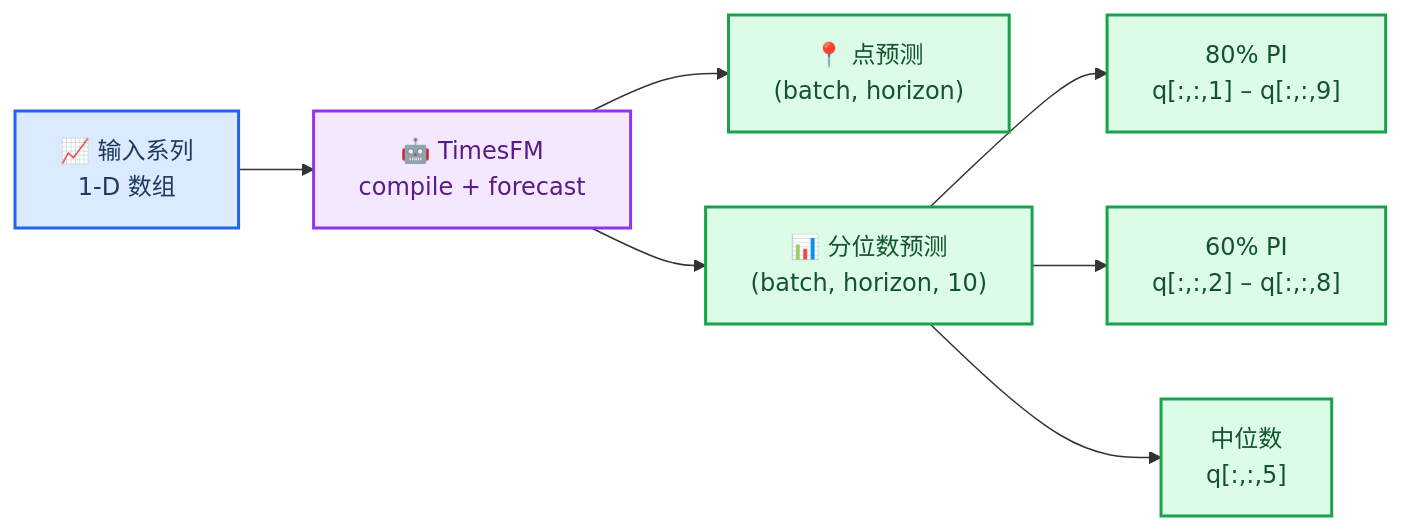
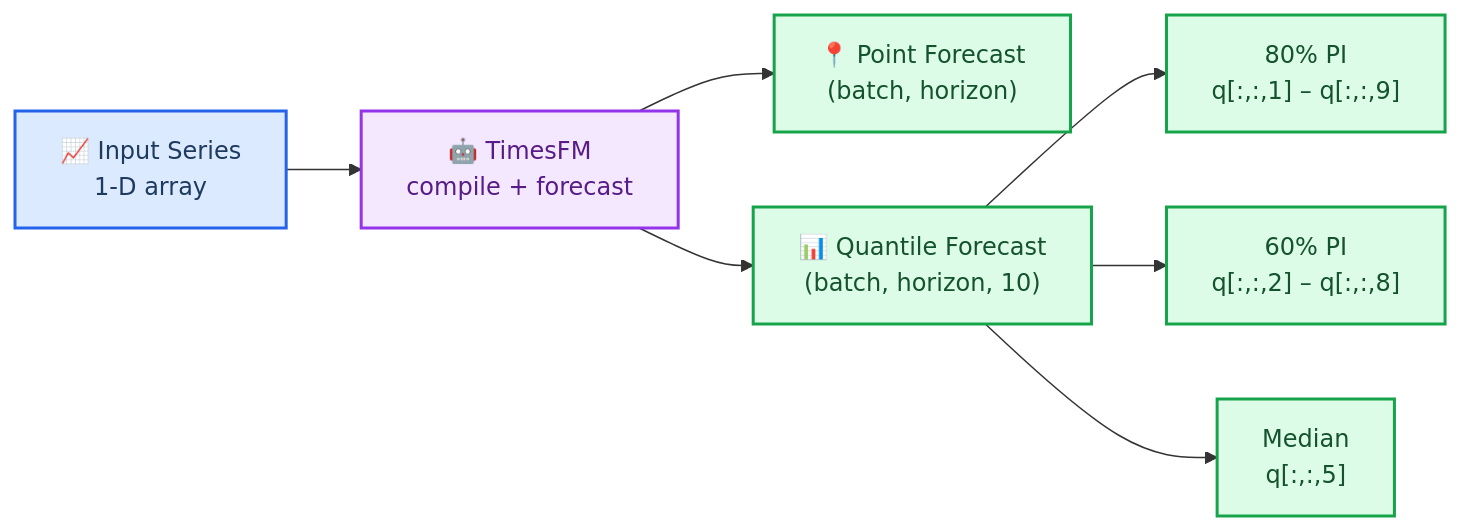
One commit to lingxling/awesome-skills-cn changed the second of 4 diagrams in claude-scientific-skills/scientific-skills/timesfm-forecasting/SKILL_CN.md. Above: the diagram before and after it, drawn with Mermaid. The commit also changed other lines of this file and 2108 other files, not shown here.

````diff
--- a/claude-scientific-skills/scientific-skills/timesfm-forecasting/SKILL_CN.md
+++ b/claude-scientific-skills/scientific-skills/timesfm-forecasting/SKILL_CN.md
@@ -299,20 +312,20 @@
 ```mermaid
 flowchart LR
-    accTitle: 分位数预测剖析
-    accDescr: 显示 10 元素分位数向量如何映射到预测区间的图表。
+    accTitle: Quantile Forecast Anatomy
+    accDescr: Diagram showing how the 10-element quantile vector maps to prediction intervals.
 
-    input["📈 输入系列<br/>1-D 数组"] --> model["🤖 TimesFM<br/>compile + forecast"]
-    model --> point["📍 点预测<br/>(batch, horizon)"]
-    model --> quant["📊 分位数预测<br/>(batch, horizon, 10)"]
+    input["📈 Input Series<br/>1-D array"] --> model["🤖 TimesFM<br/>compile + forecast"]
+    model --> point["📍 Point Forecast<br/>(batch, horizon)"]
+    model --> quant["📊 Quantile Forecast<br/>(batch, horizon, 10)"]
     quant --> pi80["80% PI<br/>q[:,:,1] – q[:,:,9]"]
     quant --> pi60["60% PI<br/>q[:,:,2] – q[:,:,8]"]
-    quant --> median["中位数<br/>q[:,:,5]"]
+    quant --> median["Median<br/>q[:,:,5]"]
 
     classDef data fill:#dbeafe,stroke:#2563eb,stroke-width:2px,color:#1e3a5f
     classDef model fill:#f3e8ff,stroke:#9333ea,stroke-width:2px,color:#581c87
     classDef output fill:#dcfce7,stroke:#16a34a,stroke-width:2px,color:#14532d
 
     class input data
     class model model
     class point,quant,pi80,pi60,median output
 ```
````
